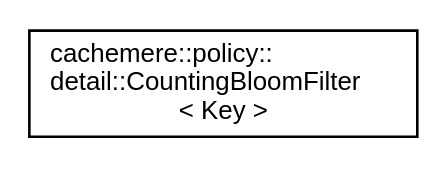
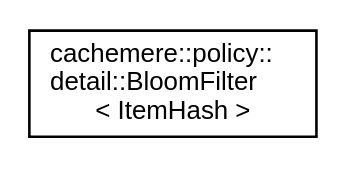
Before and after one commit to coveooss/cachemere: the diagram in docs/inherit_graph_13.dot, drawn with Graphviz. The commit also changed 154 other files, not shown here.

```diff
--- a/docs/inherit_graph_13.dot
+++ b/docs/inherit_graph_13.dot
@@ -1,8 +1,8 @@
 digraph "Graphical Class Hierarchy"
 {
  // LATEX_PDF_SIZE
   edge [fontname="Helvetica",fontsize="10",labelfontname="Helvetica",labelfontsize="10"];
   node [fontname="Helvetica",fontsize="10",shape=record];
   rankdir="LR";
-  Node0 [label="cachemere::policy::\ldetail::CountingBloomFilter\l\< Key \>",height=0.2,width=0.4,color="black", fillcolor="white", style="filled",URL="$classcachemere_1_1policy_1_1detail_1_1CountingBloomFilter.html",tooltip=" "];
+  Node0 [label="cachemere::policy::\ldetail::BloomFilter\l\< ItemHash \>",height=0.2,width=0.4,color="black", fillcolor="white", style="filled",URL="$classcachemere_1_1policy_1_1detail_1_1BloomFilter.html",tooltip="Probabilistic data structure for representing sets in a space-efficient format."];
 }
```
